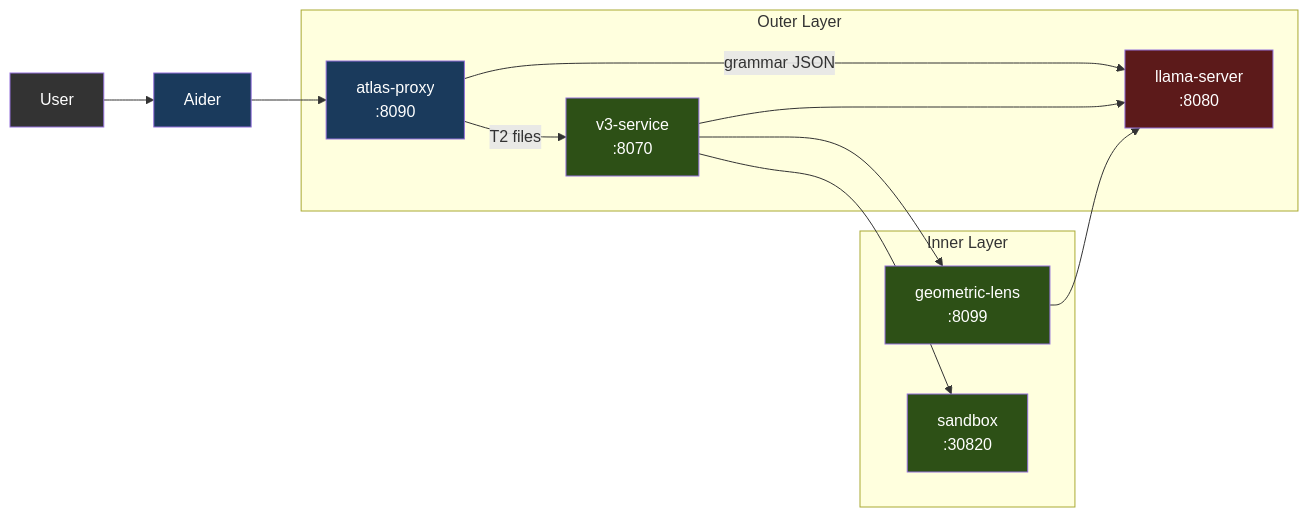
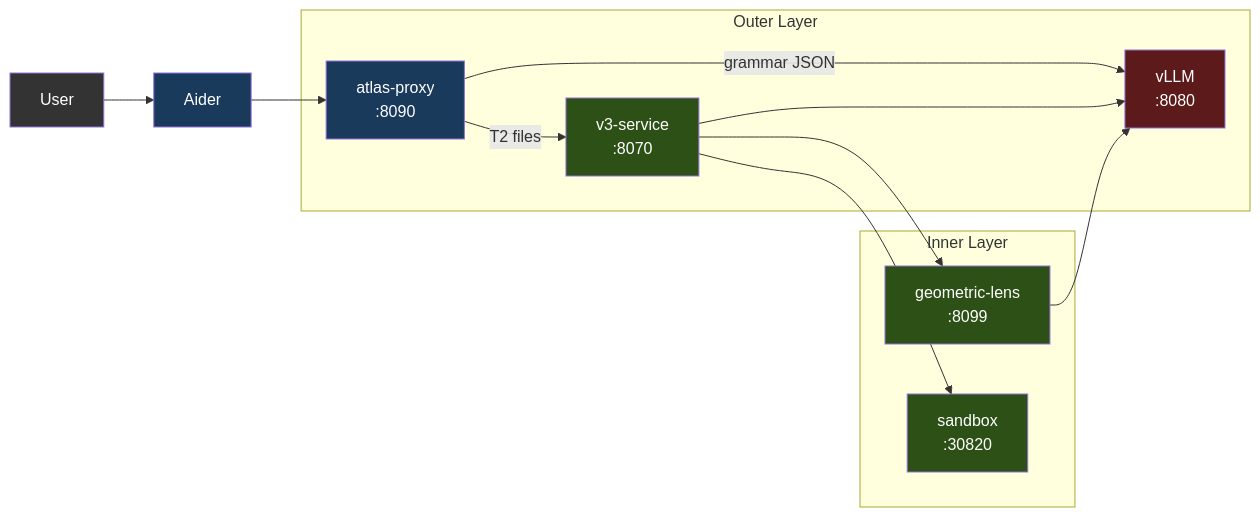
Before and after one commit to itigges22/ATLAS: the first of 13 diagrams in docs/ARCHITECTURE.md, drawn with Mermaid. The commit also changed other lines of this file and 18 other files, not shown here.

First line of the commit message:
docs: sweep llama.cpp/llama-server references for vLLM (stage 10)

````diff
--- a/docs/ARCHITECTURE.md
+++ b/docs/ARCHITECTURE.md
@@ -9,24 +9,24 @@
 ```mermaid
 graph LR
     User["User"] --> Aider["Aider"] --> Proxy["atlas-proxy\n:8090"]
 
     subgraph outer["Outer Layer"]
-        Proxy -->|"grammar JSON"| LLM["llama-server\n:8080"]
+        Proxy -->|"grammar JSON"| LLM["vLLM\n:8080"]
         Proxy -->|"T2 files"| V3Service["v3-service\n:8070"]
     end
 
     subgraph inner["Inner Layer"]
         V3Service --> LLM
         V3Service --> Lens["geometric-lens\n:8099"]
         V3Service --> Sandbox["sandbox\n:30820"]
         Lens --> LLM
     end
 
     style User fill:#333,color:#fff
     style Aider fill:#1a3a5c,color:#fff
     style Proxy fill:#1a3a5c,color:#fff
     style LLM fill:#5c1a1a,color:#fff
     style V3Service fill:#2d5016,color:#fff
     style Lens fill:#2d5016,color:#fff
     style Sandbox fill:#2d5016,color:#fff
 ```
````
